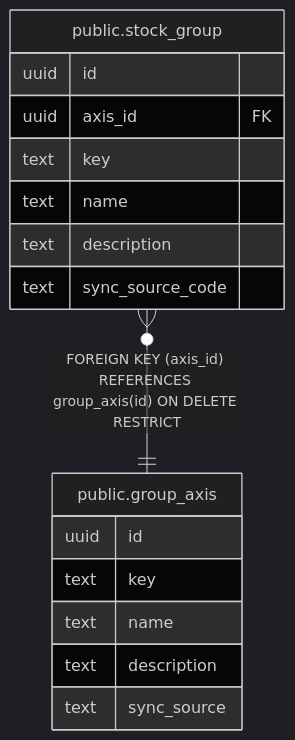
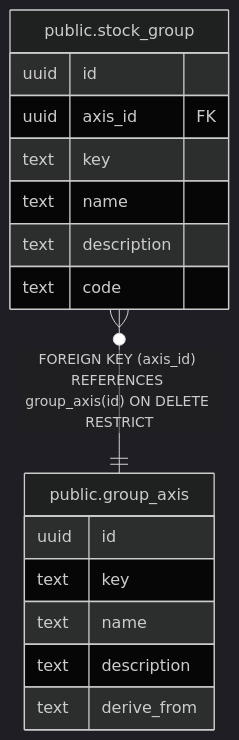
One commit to fohte/t-rader changed the diagram in backend/docs/db/public.group_axis.md. Above: the diagram before and after it, drawn with Mermaid (dark theme). The commit also changed other lines of this file and 48 other files, not shown here.

````diff
--- a/backend/docs/db/public.group_axis.md
+++ b/backend/docs/db/public.group_axis.md
@@ -33,21 +33,21 @@
 ```mermaid
 erDiagram
 
 "public.stock_group" }o--|| "public.group_axis" : "FOREIGN KEY (axis_id) REFERENCES group_axis(id) ON DELETE RESTRICT"
 
 "public.group_axis" {
   uuid id
   text key
   text name
   text description
-  text sync_source
+  text derive_from
 }
 "public.stock_group" {
   uuid id
   uuid axis_id FK
   text key
   text name
   text description
-  text sync_source_code
+  text code
 }
 ```
````
